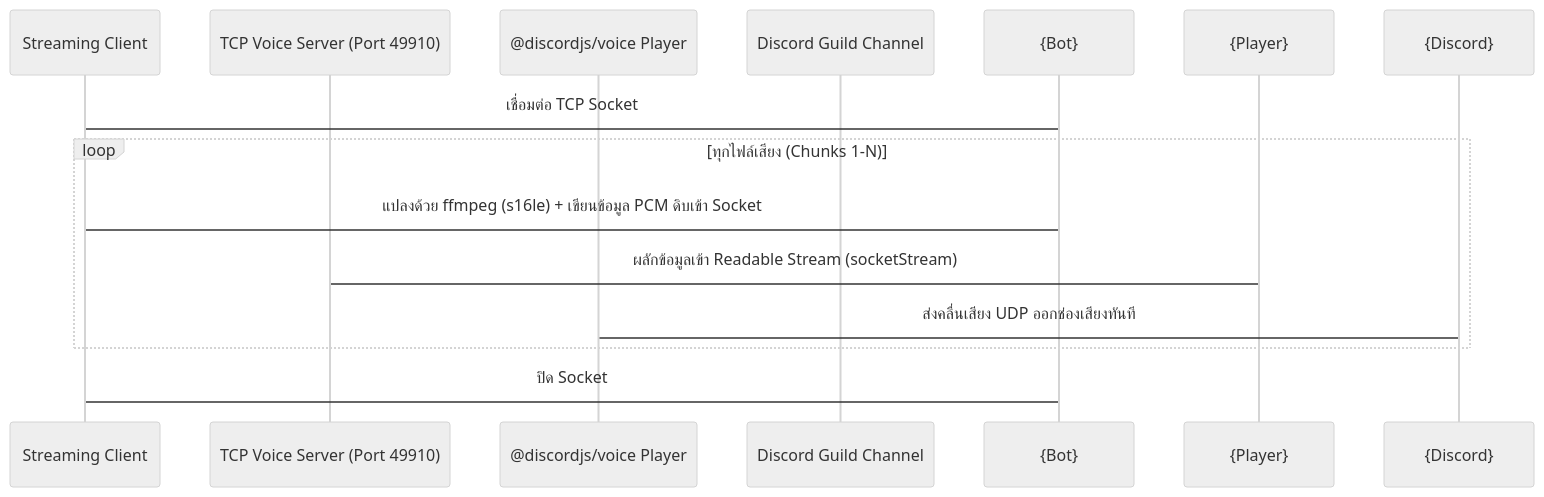
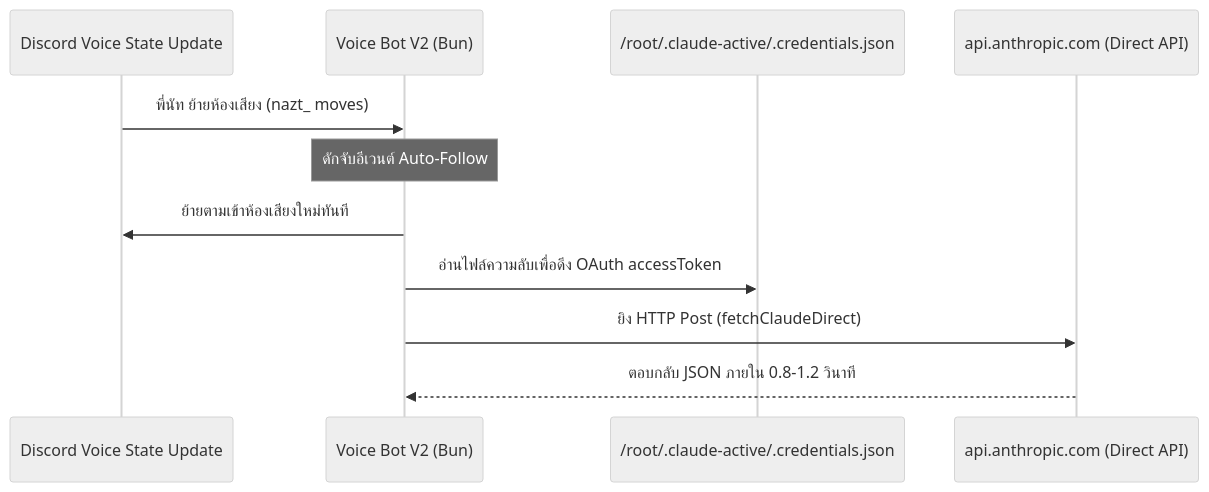
The second of 4 diagrams in submissions/no10/BOOK.md (the-oracle-keeps-the-human-human/workshop-02-voice-bot), drawn with Mermaid (neutral theme) before and after one commit. The commit also changed other lines of this file and 1 other file, not shown here.

Commit message:
docs: expand guide book detailing Maw Plugin & Discord Voice Bot V2

````diff
--- a/submissions/no10/BOOK.md
+++ b/submissions/no10/BOOK.md
@@ -46,15 +121,14 @@
 ```mermaid
 sequenceDiagram
-    participant CLI as Streaming Client
-    participant Bot as TCP Voice Server (Port 49910)
-    participant Player as @discordjs/voice Player
-    participant Discord as Discord Guild Channel
+    participant Discord as Discord Voice State Update
+    participant Bot as Voice Bot V2 (Bun)
+    participant Creds as /root/.claude-active/.credentials.json
+    participant API as api.anthropic.com (Direct API)
 
-    CLI->{Bot}: เชื่อมต่อ TCP Socket
-    loop ทุกไฟล์เสียง (Chunks 1-N)
-        CLI->{Bot}: แปลงด้วย ffmpeg (s16le) + เขียนข้อมูล PCM ดิบเข้า Socket
-        Bot->{Player}: ผลักข้อมูลเข้า Readable Stream (socketStream)
-        Player->{Discord}: ส่งคลื่นเสียง UDP ออกช่องเสียงทันที
-    end
-    CLI->{Bot}: ปิด Socket
+    Discord->>Bot: พี่นัท ย้ายห้องเสียง (nazt_ moves)
+    Note over Bot: ดักจับอีเวนต์ Auto-Follow
+    Bot->>Discord: ย้ายตามเข้าห้องเสียงใหม่ทันที
+    Bot->>Creds: อ่านไฟล์ความลับเพื่อดึง OAuth accessToken
+    Bot->>API: ยิง HTTP Post (fetchClaudeDirect)
+    API-->>Bot: ตอบกลับ JSON ภายใน 0.8-1.2 วินาที
 ```
````
